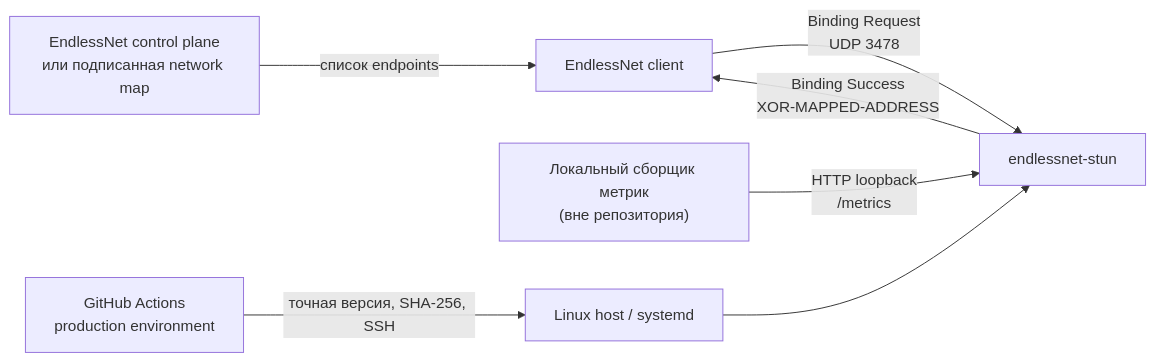
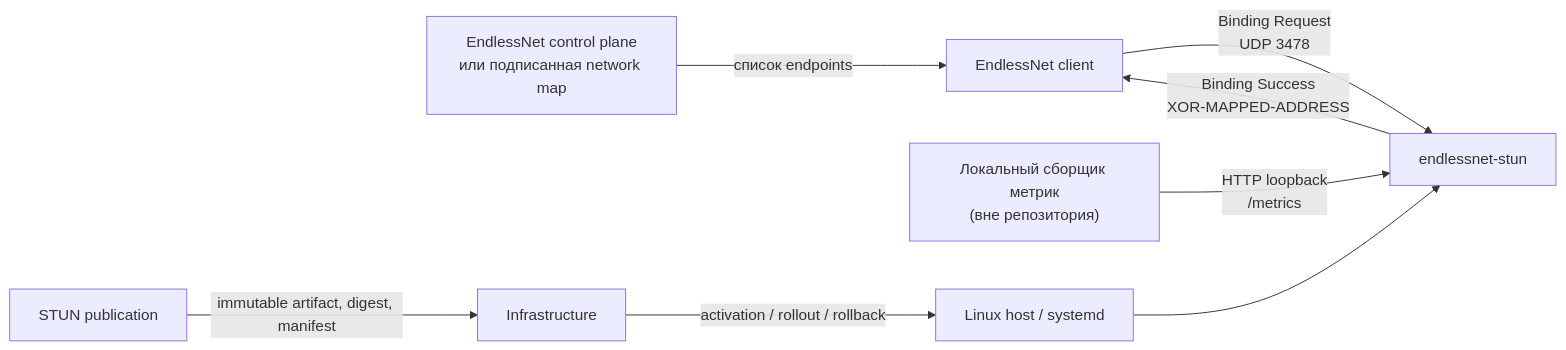
Before and after one commit to endless-net/stun: the first of 2 diagrams in docs/architecture-and-roadmap.ru.md, drawn with Mermaid. The commit also changed other lines of this file and 23 other files, not shown here.

````diff
--- a/docs/architecture-and-roadmap.ru.md
+++ b/docs/architecture-and-roadmap.ru.md
@@ -38,9 +38,10 @@
 ```mermaid
 flowchart LR
     CP["EndlessNet control plane<br/>или подписанная network map"] -->|"список endpoints"| C["EndlessNet client"]
     C -->|"Binding Request<br/>UDP 3478"| S["endlessnet-stun"]
     S -->|"Binding Success<br/>XOR-MAPPED-ADDRESS"| C
     O["Локальный сборщик метрик<br/>(вне репозитория)"] -->|"HTTP loopback<br/>/metrics"| S
-    D["GitHub Actions<br/>production environment"] -->|"точная версия, SHA-256, SSH"| H["Linux host / systemd"]
+    D["STUN publication"] -->|"immutable artifact, digest, manifest"| I["Infrastructure"]
+    I -->|"activation / rollout / rollback"| H["Linux host / systemd"]
     H --> S
 ```
````
